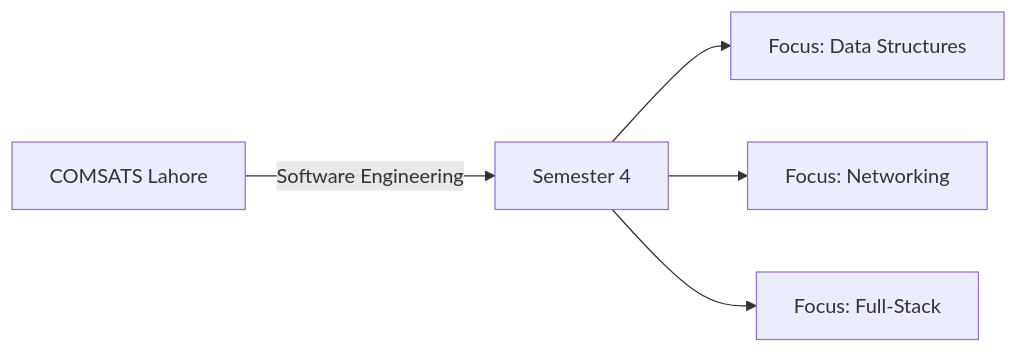
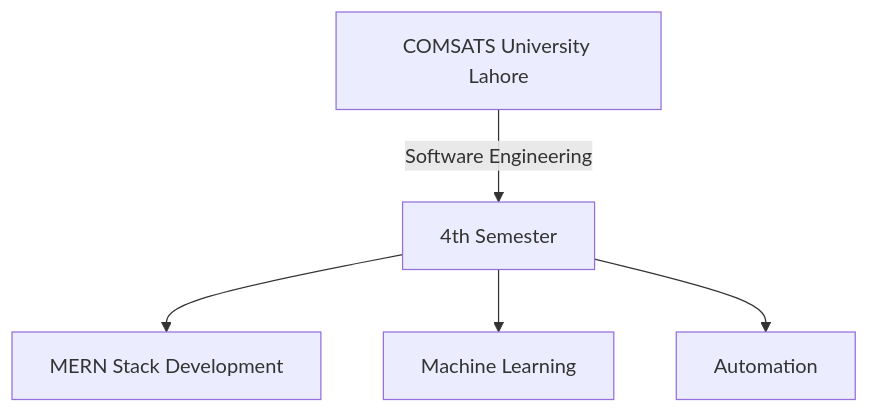
The diagram in README.md (Muhammad-Zeeshan-c/Muhammad-Zeeshan-c), drawn with Mermaid before and after one commit.

Commit message:
Update academic roadmap in README.md

````diff
--- a/README.md
+++ b/README.md
@@ -84,7 +84,7 @@
 ```mermaid
-graph LR
-    A[COMSATS Lahore] -- Software Engineering --> B[Semester 4]
-    B --> C[Focus: Data Structures]
-    B --> D[Focus: Networking]
-    B --> E[Focus: Full-Stack]
+graph TD
+    A[COMSATS University Lahore] -- Software Engineering --> B[4th Semester]
+    B --> C[MERN Stack Development]
+    B --> D[Machine Learning]
+    B --> E[Automation]
 ```
````
